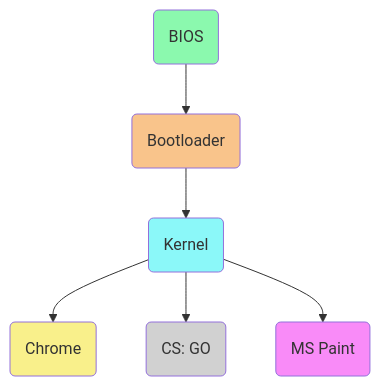
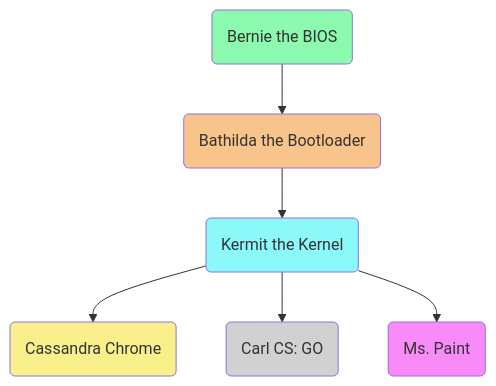
One commit to lochnessdragon/exokernel-presentation changed the diagram in slides.md. Above: the diagram before and after it, drawn with Mermaid. The commit also changed other lines of this file and 33 other files, not shown here.

````diff
--- a/slides.md
+++ b/slides.md
@@ -148,10 +234,10 @@
 ```mermaid
 flowchart TB
-  bios(BIOS) --> btldr(Bootloader) --> krn(Kernel) --> chrome(Chrome) & csgo(CS: GO) & mspaint(MS Paint)
+  bios(Bernie the BIOS) --> btldr(Bathilda the Bootloader) --> krn(Kermit the Kernel) --> chrome(Cassandra Chrome) & csgo(Carl CS: GO) & mspaint(Ms. Paint)
   style bios fill:#8bf9ae
   style btldr fill:#f9c48b
   style krn fill:#8bf8f9
   style chrome fill:#f9f08b
   style csgo fill:#d1d1d1
   style mspaint fill:#f98bf8
 ```
````
